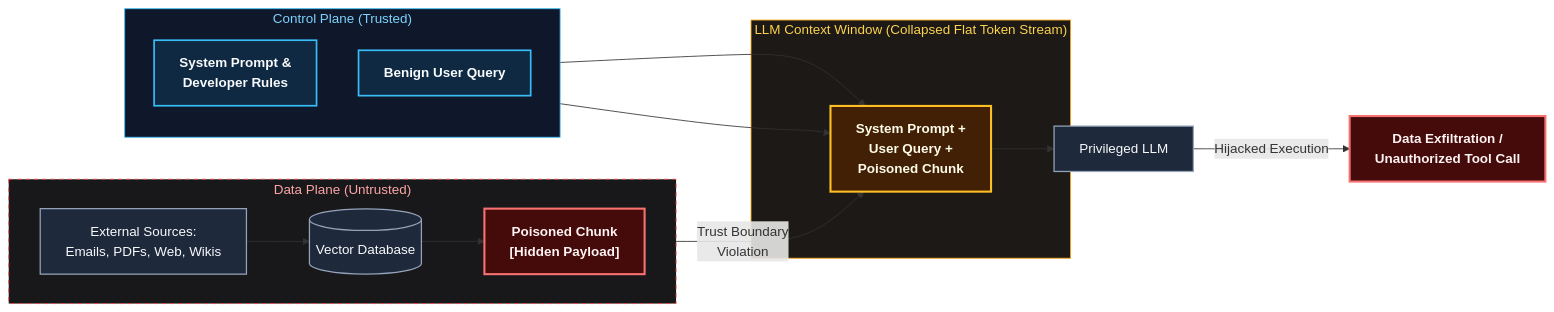
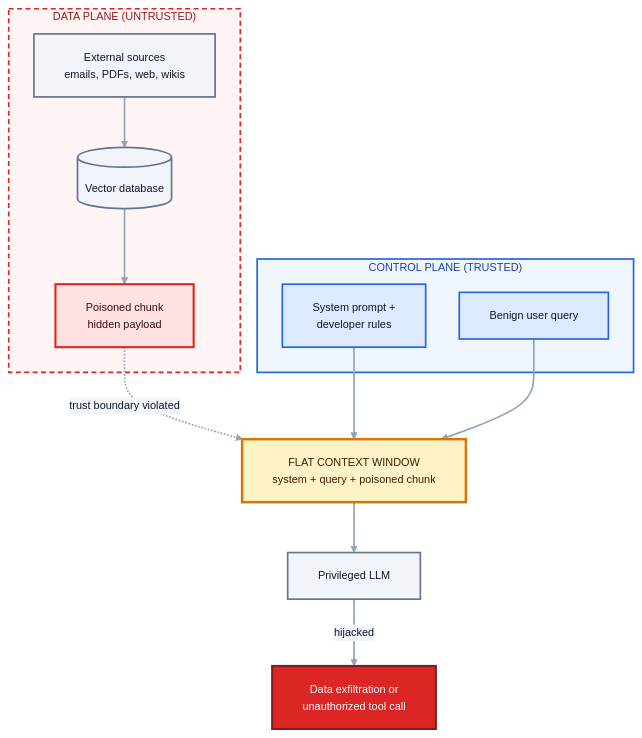
One commit to archsec-dev/archsec-site changed the first of 2 diagrams in content/ai-security/defending-rag-indirect-prompt-injection.md. Above: the diagram before and after it, drawn with Mermaid. The commit also changed 2 other files, not shown here.

Commit message:
fix the images

````diff
--- a/content/ai-security/defending-rag-indirect-prompt-injection.md
+++ b/content/ai-security/defending-rag-indirect-prompt-injection.md
@@ -53,40 +53,37 @@
 ```mermaid
-flowchart LR
-    subgraph DataPlane ["Data Plane (Untrusted)"]
-        direction LR
-        Ext["External Sources:<br/>Emails, PDFs, Web, Wikis"] --> VDB[(Vector Database)]
-        VDB --> Poison["Poisoned Chunk<br/>[Hidden Payload]"]
+%%{init: {"theme":"base","flowchart":{"htmlLabels":true,"nodeSpacing":40,"rankSpacing":60,"padding":18,"curve":"basis"},"themeVariables":{"fontSize":"13px","fontFamily":"monospace","textColor":"#0f172a","primaryTextColor":"#0f172a","tertiaryTextColor":"#0f172a","lineColor":"#94a3b8","edgeLabelBackground":"#f1f5f9"}}}%%
+flowchart TB
+    subgraph DP["DATA PLANE (UNTRUSTED)"]
+        Ext["External sources<br/>emails, PDFs, web, wikis"] --> VDB[("Vector database")]
+        VDB --> Poison["Poisoned chunk<br/>hidden payload"]
     end
 
-    subgraph ControlPlane ["Control Plane (Trusted)"]
-        direction TB
-        Sys["System Prompt &<br/>Developer Rules"]
-        User["Benign User Query"]
+    subgraph CP["CONTROL PLANE (TRUSTED)"]
+        Sys["System prompt +<br/>developer rules"]
+        User["Benign user query"]
     end
 
-    subgraph Context ["LLM Context Window (Collapsed Flat Token Stream)"]
-        Merged["System Prompt +<br/>User Query +<br/>Poisoned Chunk"]
-    end
+    Poison -. "trust boundary violated" .-> Ctx
+    Sys --> Ctx
+    User --> Ctx
 
-    Poison -- "Trust Boundary<br/>Violation" --> Merged
-    Sys --> Merged
-    User --> Merged
+    Ctx["FLAT CONTEXT WINDOW<br/>system + query + poisoned chunk"] --> LLM["Privileged LLM"]
+    LLM -- "hijacked" --> Impact["Data exfiltration or<br/>unauthorized tool call"]
 
-    Merged --> LLM["Privileged LLM"]
-    LLM -- "Hijacked Execution" --> Impact["Data Exfiltration /<br/>Unauthorized Tool Call"]
-
-    %% High-Contrast Styling
-    classDef trusted fill:#0f2942,stroke:#38bdf8,stroke-width:2px,color:#f8fafc,font-weight:bold;
-    classDef neutral fill:#1e293b,stroke:#94a3b8,stroke-width:1.5px,color:#f8fafc;
-    classDef danger fill:#450a0a,stroke:#f87171,stroke-width:2.5px,color:#fef2f2,font-weight:bold;
-    classDef warning fill:#422006,stroke:#fbbf24,stroke-width:2.5px,color:#fefce8,font-weight:bold;
+    classDef trusted fill:#dbeafe,stroke:#2563eb,stroke-width:2px,color:#0f172a;
+    classDef neutral fill:#f1f5f9,stroke:#64748b,stroke-width:2px,color:#0f172a;
+    classDef bad fill:#fee2e2,stroke:#dc2626,stroke-width:2.5px,color:#450a0a;
+    classDef merge fill:#fef3c7,stroke:#d97706,stroke-width:3px,color:#451a03;
+    classDef impact fill:#dc2626,stroke:#7f1d1d,stroke-width:2.5px,color:#ffffff;
 
     class Sys,User trusted;
     class Ext,VDB,LLM neutral;
-    class Poison,Impact danger;
-    class Merged warning;
+    class Poison bad;
+    class Ctx merge;
+    class Impact impact;
 
-    style DataPlane fill:#18181b,stroke:#ef4444,stroke-dasharray: 5 5,color:#fca5a5
-    style ControlPlane fill:#0f172a,stroke:#38bdf8,color:#7dd3fc
-    style Context fill:#1c1917,stroke:#f59e0b,color:#fcd34d
+    style DP fill:#fff5f5,stroke:#dc2626,stroke-width:2px,stroke-dasharray:6 4,color:#991b1b
+    style CP fill:#eff6ff,stroke:#2563eb,stroke-width:2px,color:#1e40af
+
+    linkStyle default stroke:#94a3b8,stroke-width:2px
 ```
````
